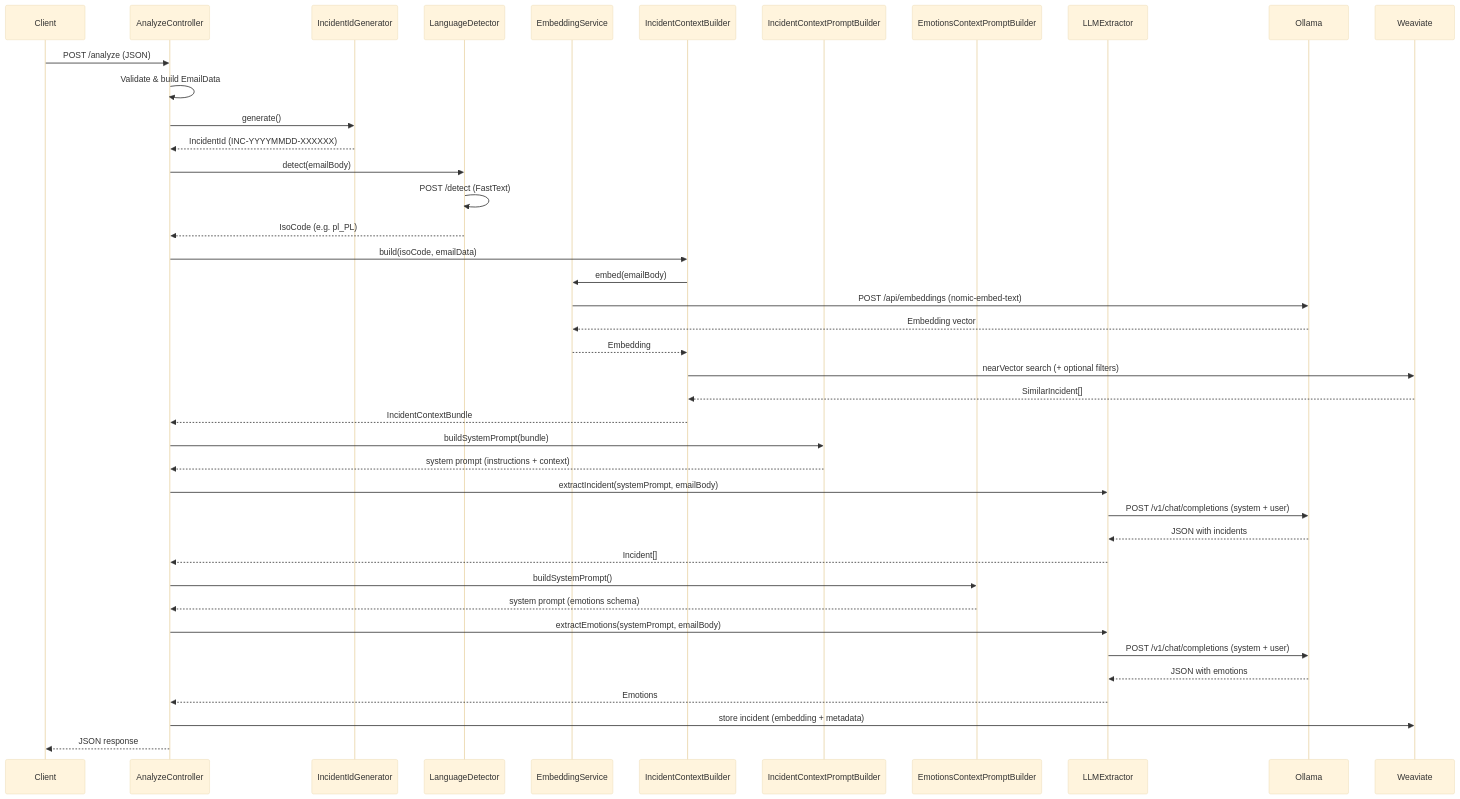
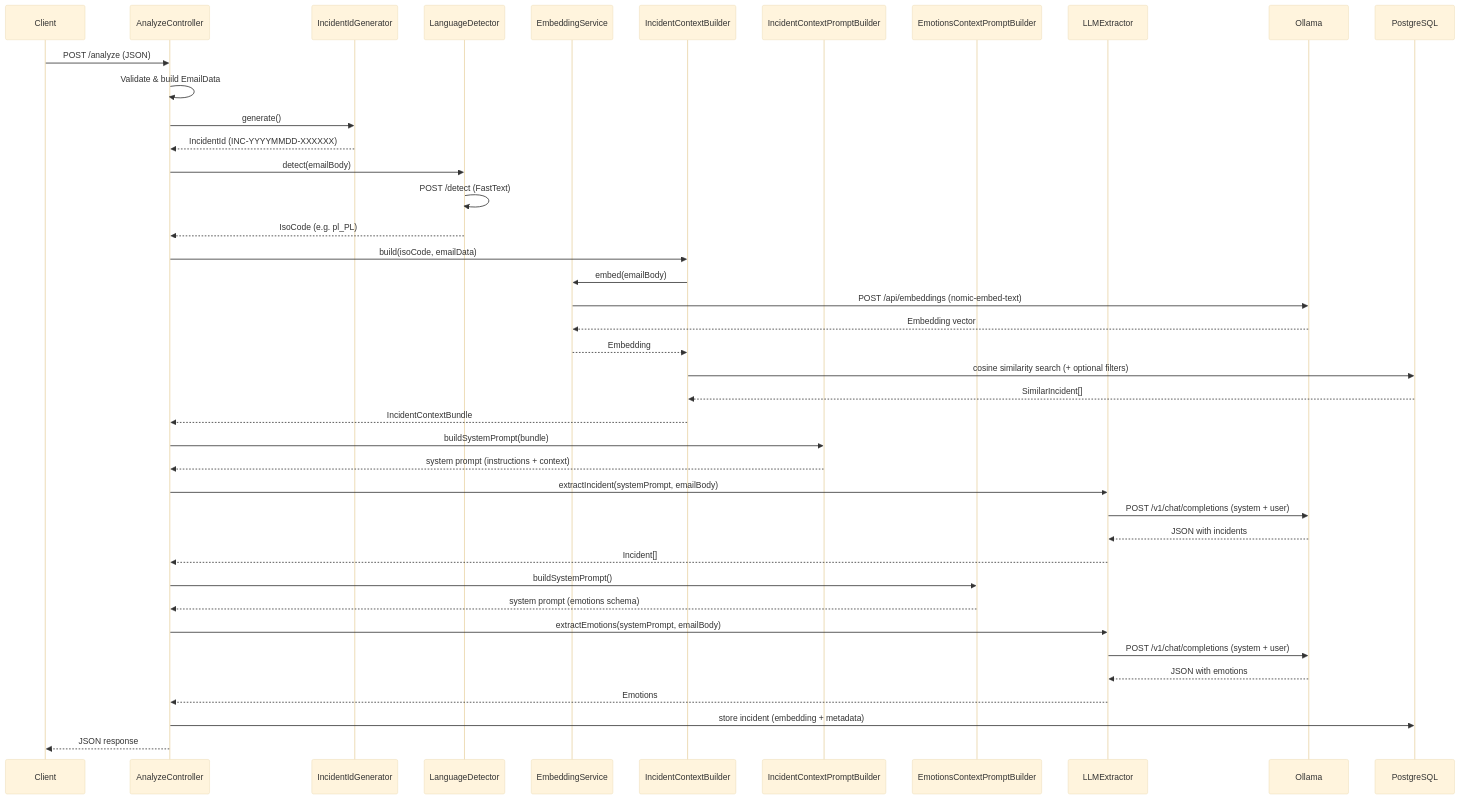
One commit to mmalessa/ai-email-analyzer changed the diagram in README.md. Above: the diagram before and after it, drawn with Mermaid (base theme). The commit also changed other lines of this file, not shown here.

````diff
--- a/README.md
+++ b/README.md
@@ -24,51 +25,51 @@
 ```mermaid
 sequenceDiagram
     participant Client
     participant AnalyzeController
     participant IncidentIdGenerator
     participant LanguageDetector
     participant EmbeddingService
     participant IncidentContextBuilder
     participant IncidentContextPromptBuilder
     participant EmotionsContextPromptBuilder
     participant LLMExtractor
     participant Ollama
-    participant Weaviate
+    participant PostgreSQL
 
     Client->>AnalyzeController: POST /analyze (JSON)
     AnalyzeController->>AnalyzeController: Validate & build EmailData
     AnalyzeController->>IncidentIdGenerator: generate()
     IncidentIdGenerator-->>AnalyzeController: IncidentId (INC-YYYYMMDD-XXXXXX)
 
     AnalyzeController->>LanguageDetector: detect(emailBody)
     LanguageDetector->>LanguageDetector: POST /detect (FastText)
     LanguageDetector-->>AnalyzeController: IsoCode (e.g. pl_PL)
 
     AnalyzeController->>IncidentContextBuilder: build(isoCode, emailData)
     IncidentContextBuilder->>EmbeddingService: embed(emailBody)
     EmbeddingService->>Ollama: POST /api/embeddings (nomic-embed-text)
     Ollama-->>EmbeddingService: Embedding vector
     EmbeddingService-->>IncidentContextBuilder: Embedding
-    IncidentContextBuilder->>Weaviate: nearVector search (+ optional filters)
-    Weaviate-->>IncidentContextBuilder: SimilarIncident[]
+    IncidentContextBuilder->>PostgreSQL: cosine similarity search (+ optional filters)
+    PostgreSQL-->>IncidentContextBuilder: SimilarIncident[]
     IncidentContextBuilder-->>AnalyzeController: IncidentContextBundle
 
     AnalyzeController->>IncidentContextPromptBuilder: buildSystemPrompt(bundle)
     IncidentContextPromptBuilder-->>AnalyzeController: system prompt (instructions + context)
 
     AnalyzeController->>LLMExtractor: extractIncident(systemPrompt, emailBody)
     LLMExtractor->>Ollama: POST /v1/chat/completions (system + user)
     Ollama-->>LLMExtractor: JSON with incidents
     LLMExtractor-->>AnalyzeController: Incident[]
 
     AnalyzeController->>EmotionsContextPromptBuilder: buildSystemPrompt()
     EmotionsContextPromptBuilder-->>AnalyzeController: system prompt (emotions schema)
 
     AnalyzeController->>LLMExtractor: extractEmotions(systemPrompt, emailBody)
     LLMExtractor->>Ollama: POST /v1/chat/completions (system + user)
     Ollama-->>LLMExtractor: JSON with emotions
     LLMExtractor-->>AnalyzeController: Emotions
 
-    AnalyzeController->>Weaviate: store incident (embedding + metadata)
+    AnalyzeController->>PostgreSQL: store incident (embedding + metadata)
     AnalyzeController-->>Client: JSON response
 ```
````
